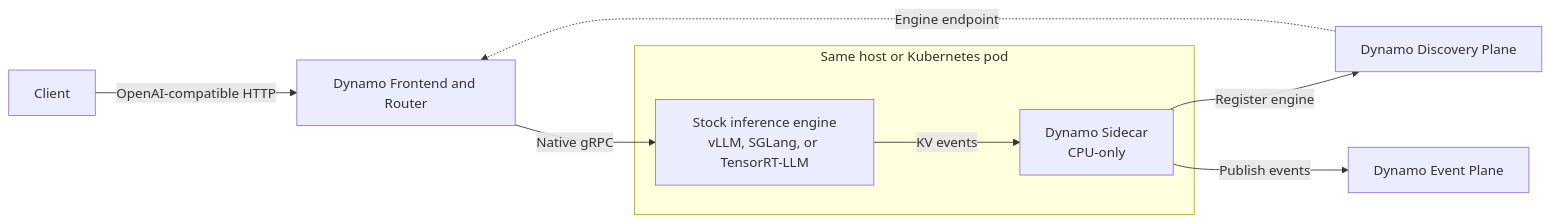
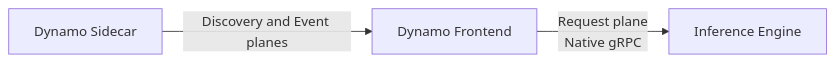
Before and after one commit to ai-dynamo/dynamo: the diagram in docs/fern/design-docs/sidecar-backends.md, drawn with Mermaid.

Commit message:
docs: simplify sidecar architecture diagram

````diff
--- a/docs/fern/design-docs/sidecar-backends.md
+++ b/docs/fern/design-docs/sidecar-backends.md
@@ -31,15 +31,5 @@
 ```mermaid
 flowchart LR
-  C[Client] -->|OpenAI-compatible HTTP| F[Dynamo Frontend and Router]
-  D[Dynamo Discovery Plane] -.->|Engine endpoint| F
-
-  subgraph H[Same host or Kubernetes pod]
-    E[Stock inference engine<br/>vLLM, SGLang, or TensorRT-LLM]
-    S[Dynamo Sidecar<br/>CPU-only]
-  end
-
-  F -->|Native gRPC| E
-  S -->|Register engine| D
-  E -->|KV events| S
-  S -->|Publish events| V[Dynamo Event Plane]
+  S[Dynamo Sidecar] -->|Discovery and Event planes| F[Dynamo Frontend]
+  F -->|Request plane<br/>Native gRPC| E[Inference Engine]
 ```
````
